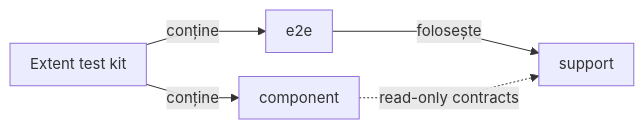
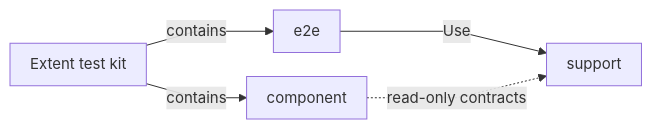
Before and after one commit to crististefanita/atf_j0: the diagram in atf-reporting-tests/src/test/java/atf/ui/tests/extent/README.md, drawn with Mermaid. The commit also changed other lines of this file and 113 other files, not shown here.

````diff
--- a/atf-reporting-tests/src/test/java/atf/ui/tests/extent/README.md
+++ b/atf-reporting-tests/src/test/java/atf/ui/tests/extent/README.md
@@ -35,9 +34,9 @@
 ```mermaid
 %%{init: {"themeVariables":{"fontSize":"15px"},"themeCSS":".nodeLabel, .nodeLabel p { font-size: 15px !important; line-height: 1.35 !important; } .edgeLabel, .edgeLabel p { font-size: 12px !important; font-weight: 400 !important; line-height: 1.2 !important; } .edgeLabel .labelBkg, .edgeLabel p { background: transparent !important; } .edgeLabel foreignObject { transform: translateY(-28px); overflow: visible; } .node rect { rx: 6px; ry: 6px; }","flowchart":{"curve":"linear","nodeSpacing":24,"rankSpacing":40,"padding":10,"diagramPadding":24}}}%%
 flowchart LR
     Root[Extent test kit]
-    Root -->|conține| Component[component]
-    Root -->|conține| E2E[e2e]
-    E2E -->|folosește| Support[support]
+    Root -->|contains| Component[component]
+    Root -->|contains| E2E[e2e]
+    E2E -->|Use| Support[support]
     Component -. read-only contracts .-> Support
 ```
````
